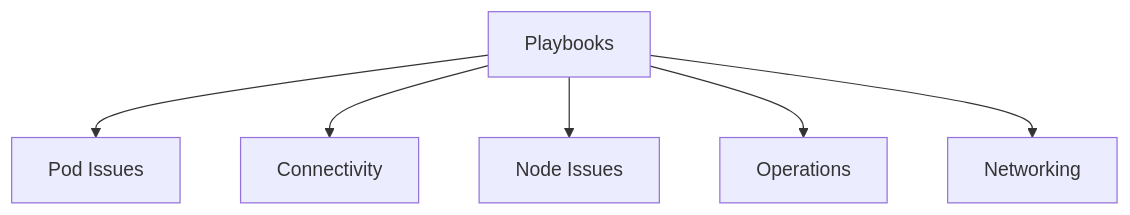
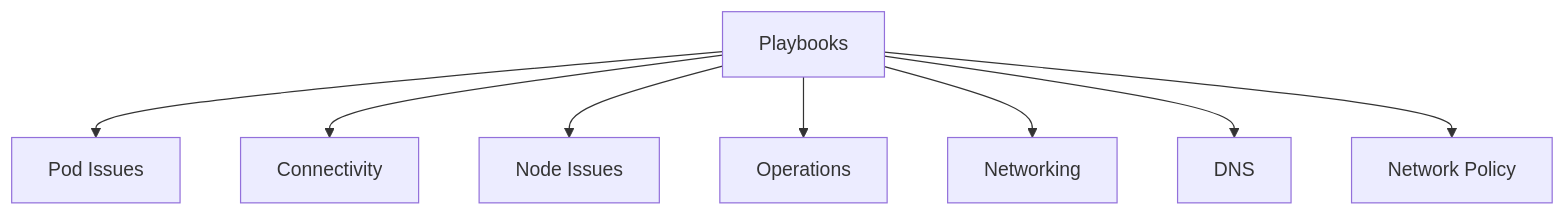
The diagram in docs/troubleshooting/playbooks/index.md (yeongseon/azure-kubernetes-service-practical-guide), drawn with Mermaid before and after one commit. The commit also changed other lines of this file and 11 other files, not shown here.

Commit message:
docs: add network dataplane, DNS, and network policy troubleshooting (#13) (#58)

````diff
--- a/docs/troubleshooting/playbooks/index.md
+++ b/docs/troubleshooting/playbooks/index.md
@@ -23,8 +23,10 @@
 ```mermaid
 flowchart TD
     A[Playbooks] --> B[Pod Issues]
     A --> C[Connectivity]
     A --> D[Node Issues]
     A --> E[Operations]
     A --> F[Networking]
+    A --> G[DNS]
+    A --> H[Network Policy]
 ```
````
